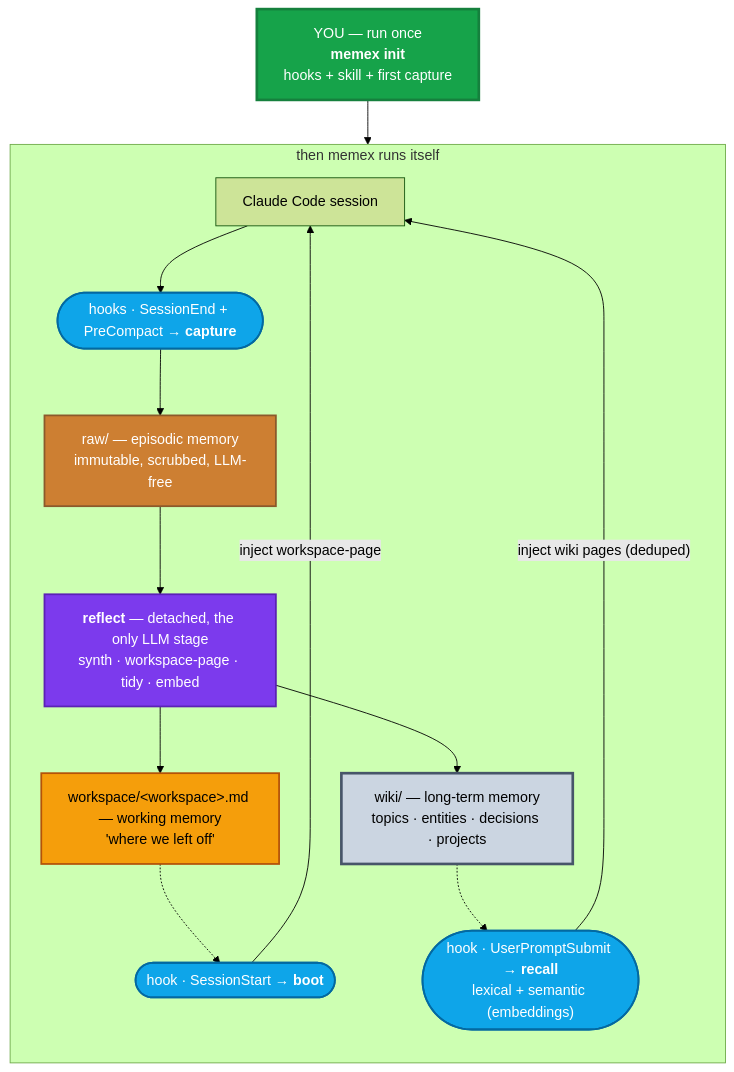
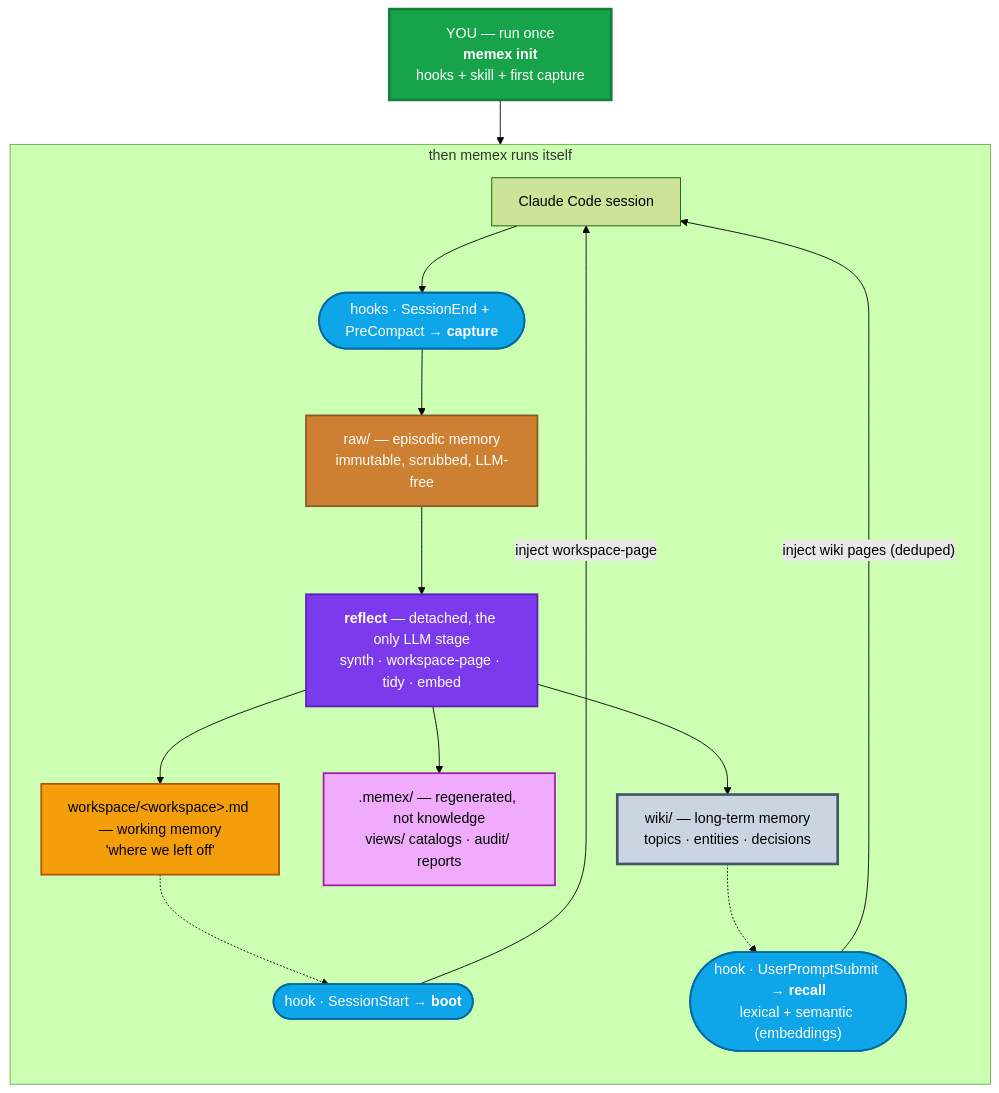
Before and after one commit to GianCdM/memex: the diagram in README.md, drawn with Mermaid (forest theme). The commit also changed other lines of this file and 12 other files, not shown here.

Commit message:
feat: move generated wiki views outside canonical graph

````diff
--- a/README.md
+++ b/README.md
@@ -66,33 +66,36 @@
 ```mermaid
 flowchart TB
   classDef you fill:#16a34a,color:#fff,stroke:#15803d,stroke-width:3px
   classDef hook fill:#0ea5e9,color:#fff,stroke:#0369a1,stroke-width:2px
   classDef llm fill:#7c3aed,color:#fff,stroke:#5b21b6,stroke-width:2px
   classDef bronze fill:#cd7f32,color:#fff,stroke:#8b5a2b,stroke-width:2px
   classDef wiki fill:#cbd5e1,color:#000,stroke:#475569,stroke-width:3px
   classDef workspacec fill:#f59e0b,color:#000,stroke:#b45309,stroke-width:2px
+  classDef memexc fill:#f0abfc,color:#000,stroke:#a21caf,stroke-width:2px
 
   YOU["YOU — run once<br/><b>memex init</b><br/>hooks + skill + first capture"]:::you
 
   subgraph AUTO["then memex runs itself"]
     direction TB
     HARNESS["Claude Code session"]
     BOOT(["hook · SessionStart → <b>boot</b>"]):::hook
     RECALL(["hook · UserPromptSubmit → <b>recall</b><br/>lexical + semantic (embeddings)"]):::hook
     CAP(["hooks · SessionEnd + PreCompact → <b>capture</b>"]):::hook
     RAW["raw/ — episodic memory<br/>immutable, scrubbed, LLM-free"]:::bronze
     REFL["<b>reflect</b> — detached, the only LLM stage<br/>synth · workspace-page · tidy · embed"]:::llm
-    WIKI["wiki/ — long-term memory<br/>topics · entities · decisions · projects"]:::wiki
+    WIKI["wiki/ — long-term memory<br/>topics · entities · decisions"]:::wiki
+    VIEWS[".memex/ — regenerated, not knowledge<br/>views/ catalogs · audit/ reports"]:::memexc
     WORKSPACE["workspace/&lt;workspace&gt;.md — working memory<br/>'where we left off'"]:::workspacec
 
     BOOT -- "inject workspace-page" --> HARNESS
     RECALL -- "inject wiki pages (deduped)" --> HARNESS
     HARNESS --> CAP --> RAW --> REFL
     REFL --> WIKI
+    REFL --> VIEWS
     REFL --> WORKSPACE
     WORKSPACE -.-> BOOT
     WIKI -.-> RECALL
   end
 
   YOU --> HARNESS
 ```
````
